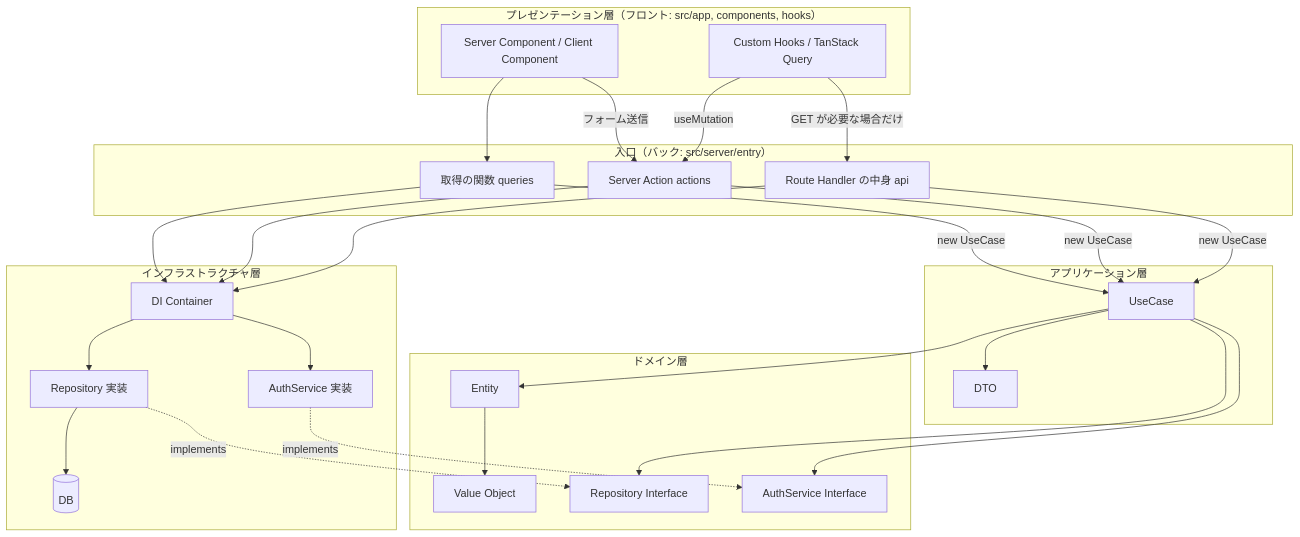
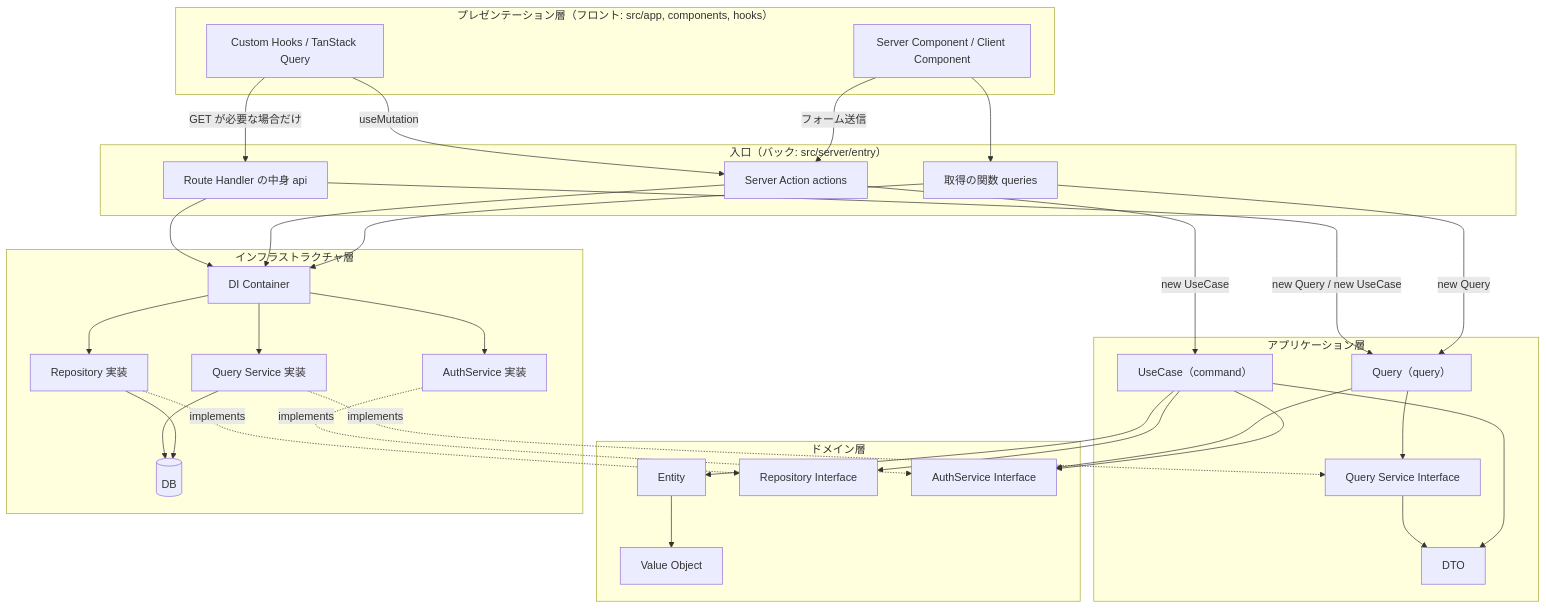
The first of 4 diagrams in docs/01_全体設計/06_アーキテクチャ.md (m-eiichi/next-dev-env), drawn with Mermaid before and after one commit. The commit also changed other lines of this file and 74 other files, not shown here.

````diff
--- a/docs/01_全体設計/06_アーキテクチャ.md
+++ b/docs/01_全体設計/06_アーキテクチャ.md
@@ -56,53 +58,62 @@
 ```mermaid
 graph TB
     subgraph "プレゼンテーション層（フロント: src/app, components, hooks）"
         UI[Server Component / Client Component]
         Hooks[Custom Hooks / TanStack Query]
     end
 
     subgraph "入口（バック: src/server/entry）"
         SC[取得の関数 queries]
         SA[Server Action actions]
         RH[Route Handler の中身 api]
     end
 
     subgraph "アプリケーション層"
-        UC[UseCase]
+        UC[UseCase（command）]
+        Q[Query（query）]
+        QSIF[Query Service Interface]
         DTO[DTO]
     end
 
     subgraph "ドメイン層"
         Entity[Entity]
         VO[Value Object]
         RepoIF[Repository Interface]
         AuthIF[AuthService Interface]
     end
 
     subgraph "インフラストラクチャ層"
         Container[DI Container]
         RepoImpl[Repository 実装]
+        QSImpl[Query Service 実装]
         AuthImpl[AuthService 実装]
         DB[(DB)]
     end
 
     UI --> SC
     UI -->|フォーム送信| SA
     Hooks -->|useMutation| SA
     Hooks -->|GET が必要な場合だけ| RH
     SC --> Container
     SA --> Container
     RH --> Container
-    SC -->|new UseCase| UC
+    SC -->|new Query| Q
     SA -->|new UseCase| UC
-    RH -->|new UseCase| UC
+    RH -->|new Query / new UseCase| Q
     UC --> DTO
     UC --> Entity
     Entity --> VO
     UC --> RepoIF
     UC --> AuthIF
+    Q --> QSIF
+    Q --> AuthIF
+    QSIF --> DTO
     RepoImpl -.implements.-> RepoIF
+    QSImpl -.implements.-> QSIF
     AuthImpl -.implements.-> AuthIF
     Container --> RepoImpl
+    Container --> QSImpl
     Container --> AuthImpl
     RepoImpl --> DB
+    QSImpl --> DB
 ```
````
